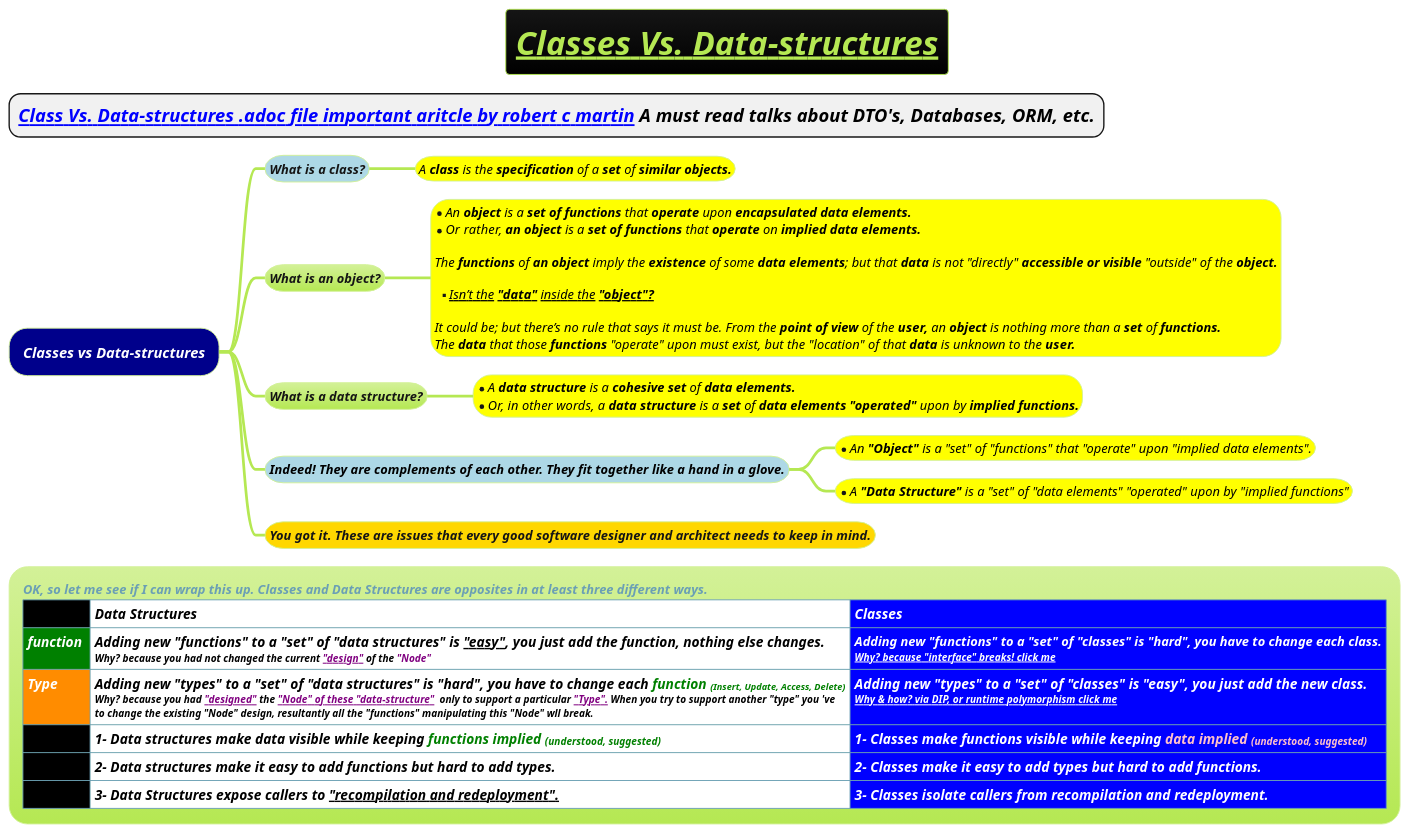
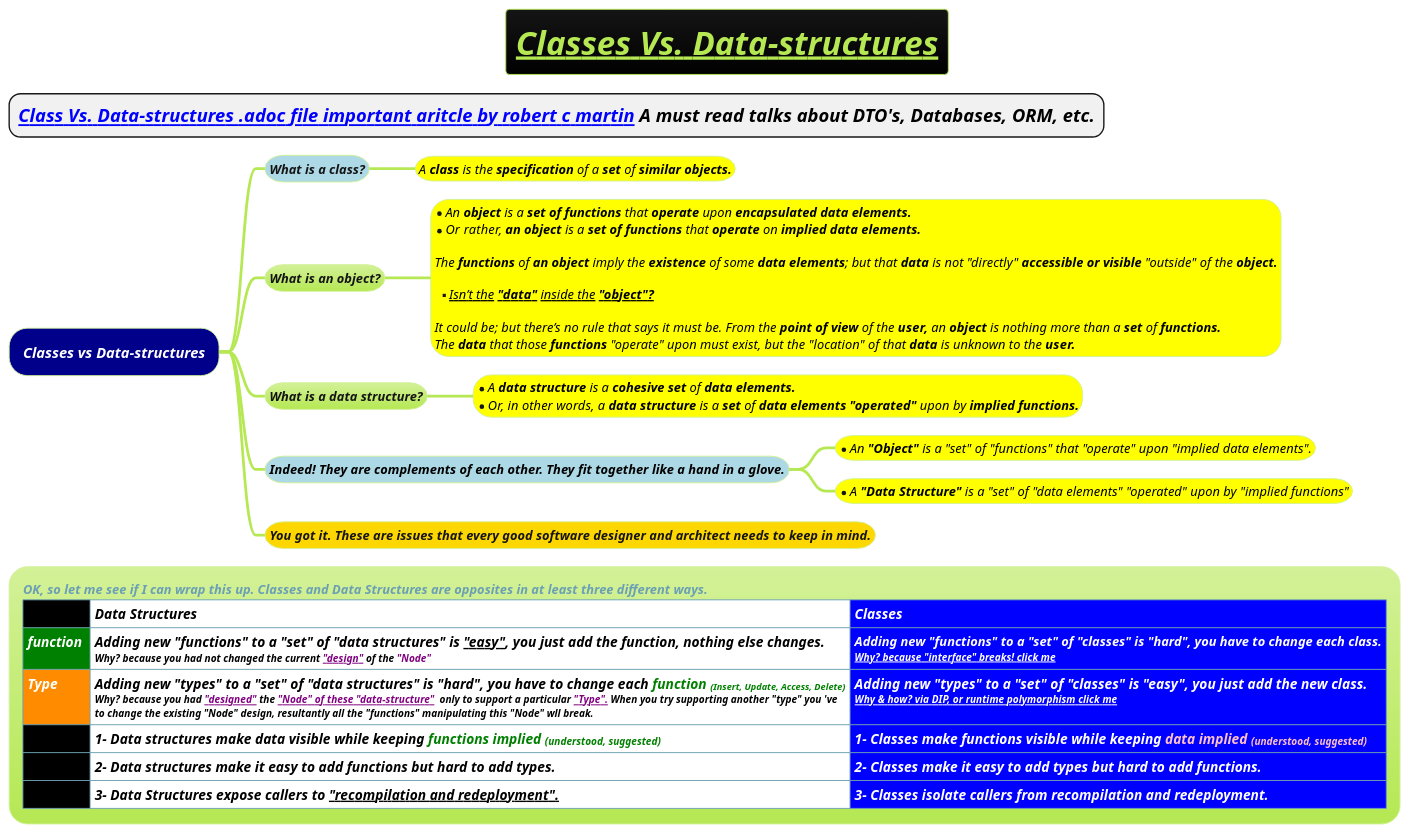
Before and after one commit to MehmoodHashmi/Documentation-as-Code-DaC: the diagram in docs/books/1-books-backlog/data-structure-and-algorithm/classes-vs-data-structures.puml, drawn with PlantUML.

```diff
--- a/docs/books/1-books-backlog/data-structure-and-algorithm/classes-vs-data-structures.puml
+++ b/docs/books/1-books-backlog/data-structure-and-algorithm/classes-vs-data-structures.puml
@@ -1,38 +1,38 @@
 @startmindmap
 title =<i><b><u>Classes Vs. Data-structures
 * ==<b><i>[[docs/books/1-books-backlog/data-structure-and-algorithm/classes-vs-data-structres.adoc Class Vs. Data-structures .adoc file important aritcle by robert c martin]] A must read talks about DTO's, Databases, ORM, etc.
 !theme hacker
 
 *[#darkblue] <i><color #white>Classes vs Data-structures
 **[#lightblue] <i>What is a **class**?
 ***[#yellow] <i><color #black><size:14>A **class** is the **specification** of a **set** of <b>similar objects.
 ** <i>What is an **object**?
 
 ***[#yellow]:*<i><color #black><size:14>An **object** is a **set of functions** that **operate** upon <b>encapsulated data elements.
 *<i><color #black><size:14>Or rather, **an object** is a **set of functions** that **operate** on <b>implied data elements.
 
 <i><color #black><size:14>The **functions** of **an object** imply the **existence** of some **data elements**; but that **data** is not "directly" **accessible or visible** "outside" of the <b>object.
 
 **<u><i><color #black><size:14>Isn’t the **"data"** inside the <b>"object"?
 
 <i><color #black><size:14>It could be; but there’s no rule that says it must be. From the **point of view** of the **user,** an **object** is nothing more than a **set** of <b>functions.
 <i><color #black><size:14>The **data** that those **functions** "operate" upon must exist, but the "location" of that **data** is unknown to the <b>user.;
 
 ** <i>What is a **data structure**?
 ***[#yellow]:*<i><color #black><size:14>A **data structure** is a **cohesive set** of <b>data elements.
 *<i><color #black><size:14>Or, in other words, a **data structure** is a **set** of **data elements** **"operated"** upon by <b>implied functions.;
 
 **[#lightblue] <i><color #black><size:14>Indeed! They are complements of each other. They fit together like a hand in a glove.
 ***[#yellow] *<i><color #black><size:14>An **"Object"** is a "set" of "functions" that "operate" upon "implied data elements".
 ***[#yellow] *<i><color #black><size:14>A **"Data Structure"** is a "set" of "data elements" "operated" upon by "implied functions"
 
 **[#gold] <i>**You got it. These are issues that every good software designer and architect needs to keep in mind.**
 *:<i><color #w><size:14>OK, so let me see if I can wrap this up. Classes and Data Structures are opposites in at least three different ways.
 |<#black><color #white><i><size:15> |<#white><color #black><i><size:15>Data Structures|<#blue><color #white><i><size:15>Classes|
 |<#green><color #white><i><size:15>function |<#white><color #black><i><size:15>Adding new "functions" to a "set" of "data structures" is <u>"easy"</u>, you just add the function, nothing else changes.\n<color #black><i><size:11>Why? because you had not changed the current <u><color #purple>"design"</u> of the <color #purple>"Node" |<#blue><color #white><i><size:14>Adding new "functions" to a "set" of "classes" is "hard", you have to change each class.\n<color #white><i><size:11>[[docs/3-programming-languages/Venkat-Subramaniam/images/img_170.png Why? because "interface" breaks! click me]]|
-|<#darkorange><color #white><i><size:15>Type |<#white><color #black><i><size:15>Adding new "types" to a "set" of "data structures" is "hard", you have to change each <color #green>function <size:10>(Insert, Update, Access, Delete)\n<color #black><i><size:11>Why? because you had <u><color #purple>"designed"</u> the <u><color #purple>"Node" of these "data-structure"</u>  only to support a particular <u><color #purple>"Type".</u> When you try to support another "type" you 've\n<color #black><i><size:11>to change the existing "Node" design, resultantly all the "functions" manipulating this "Node" wll break.  |<#blue><color #white><i><size:15>Adding new "types" to a "set" of "classes" is "easy", you just add the new class.\n<color #white><i><size:11>[[docs/3-programming-languages/Venkat-Subramaniam/images/img_169.png Why & how? via DIP, or runtime polymorphism click me]]|
+|<#darkorange><color #white><i><size:15>Type |<#white><color #black><i><size:15>Adding new "types" to a "set" of "data structures" is "hard", you have to change each <color #green>function <size:10>(Insert, Update, Access, Delete)\n<color #black><i><size:11>Why? because you had <u><color #purple>"designed"</u> the <u><color #purple>"Node" of these "data-structure"</u>  only to support a particular <u><color #purple>"Type".</u> When you try supporting another "type" you 've\n<color #black><i><size:11>to change the existing "Node" design, resultantly all the "functions" manipulating this "Node" wll break.  |<#blue><color #white><i><size:15>Adding new "types" to a "set" of "classes" is "easy", you just add the new class.\n<color #white><i><size:11>[[docs/3-programming-languages/Venkat-Subramaniam/images/img_169.png Why & how? via DIP, or runtime polymorphism click me]]|
 |<#black><color #white><i><size:15> |<#white><color #black><i><size:15>1- Data structures make data visible while keeping <color #green>functions implied <size:11>(understood, suggested)|<#blue><color #white><i><size:15>1- Classes make functions visible while keeping <color #pink>data implied <size:11>(understood, suggested)|
 |<#black><color #white><i><size:15> |<#white><color #black><i><size:15>2- Data structures make it easy to add functions but hard to add types.|<#blue><color #white><i><size:15>2- Classes make it easy to add types but hard to add functions.|
 |<#black><color #white><i><size:15> |<#white><color #black><i><size:15>3- Data Structures expose callers to <u>"recompilation and redeployment".|<#blue><color #white><i><size:15>3- Classes isolate callers from recompilation and redeployment.|;
 
 @endmindmap
```
